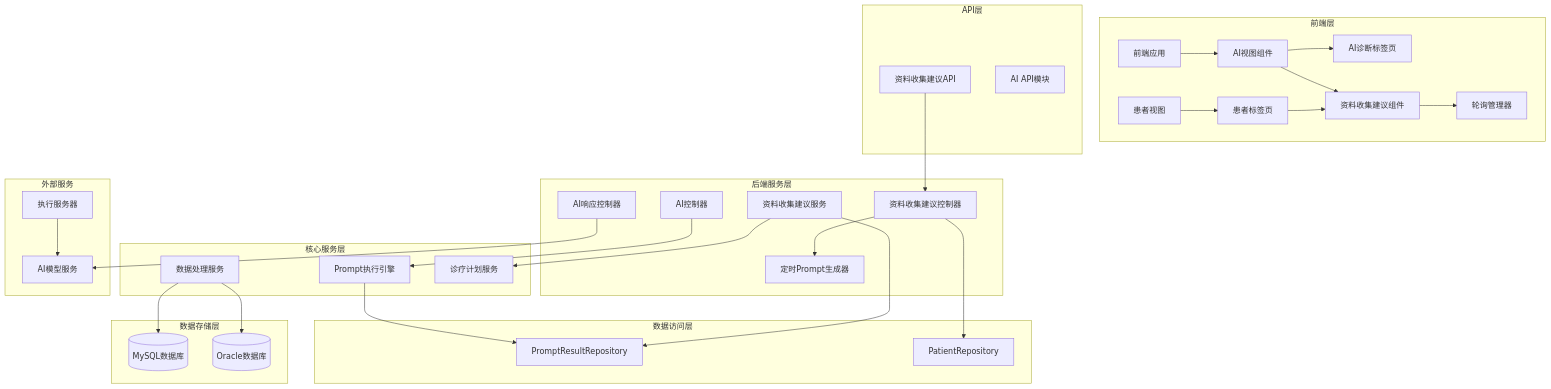
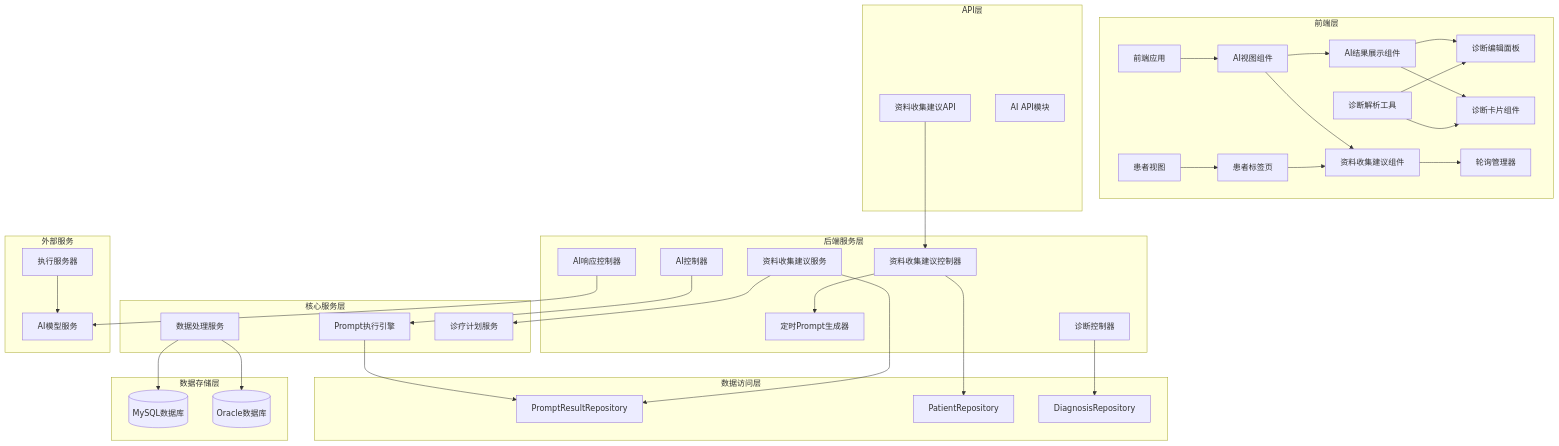
Before and after one commit to liuzh2008/med_ai_assistant_workspace: the first of 10 diagrams in .qoder/repowiki/zh/content/核心功能模块/AI诊断辅助系统.md, drawn with Mermaid. The commit also changed other lines of this file and 14 other files, not shown here.

````diff
--- a/.qoder/repowiki/zh/content/核心功能模块/AI诊断辅助系统.md
+++ b/.qoder/repowiki/zh/content/核心功能模块/AI诊断辅助系统.md
@@ -68,57 +71,67 @@
 ```mermaid
 graph TB
 subgraph "前端层"
 FE[前端应用]
 AIView[AI视图组件]
-AIDiagnosisTab[AI诊断标签页]
+AIResults[AI结果展示组件]
+DiagnosisEditPanel[诊断编辑面板]
+DiagnosisCard[诊断卡片组件]
 DataCollectionAdvice[资料收集建议组件]
 PatientTabs[患者标签页]
 PatientView[患者视图]
 PollingManager[轮询管理器]
+diagnosisParser[诊断解析工具]
 end
 subgraph "API层"
 DataCollectionAdviceAPI[资料收集建议API]
 AIAPIModule[AI API模块]
 end
 subgraph "后端服务层"
 DataCollectionAdviceController[资料收集建议控制器]
 DataCollectionAdviceService[资料收集建议服务]
 TimerPromptGenerator[定时Prompt生成器]
 AIController[AI控制器]
 AIResponseController[AI响应控制器]
+DiagnosisController[诊断控制器]
 end
 subgraph "核心服务层"
 PromptService[Prompt执行引擎]
 DataSvc[数据处理服务]
 TreatmentPlanService[诊疗计划服务]
 end
 subgraph "数据访问层"
 PromptResultRepository[PromptResultRepository]
 PatientRepository[PatientRepository]
+DiagnosisRepository[DiagnosisRepository]
 end
 subgraph "数据存储层"
 MySQL[(MySQL数据库)]
 Oracle[(Oracle数据库)]
 end
 subgraph "外部服务"
 ExecutionServer[执行服务器]
 AIModel[AI模型服务]
 end
 FE --> AIView
-AIView --> AIDiagnosisTab
+AIView --> AIResults
+AIResults --> DiagnosisEditPanel
+AIResults --> DiagnosisCard
 AIView --> DataCollectionAdvice
 PatientTabs --> DataCollectionAdvice
 PatientView --> PatientTabs
 DataCollectionAdvice --> PollingManager
 DataCollectionAdviceAPI --> DataCollectionAdviceController
 DataCollectionAdviceController --> TimerPromptGenerator
 DataCollectionAdviceController --> PatientRepository
 DataCollectionAdviceService --> PromptResultRepository
 DataCollectionAdviceService --> TreatmentPlanService
 AIController --> PromptService
 AIResponseController --> AIModel
+DiagnosisController --> DiagnosisRepository
 PromptService --> PromptResultRepository
 DataSvc --> MySQL
 DataSvc --> Oracle
 ExecutionServer --> AIModel
+diagnosisParser --> DiagnosisEditPanel
+diagnosisParser --> DiagnosisCard
 ```
````
